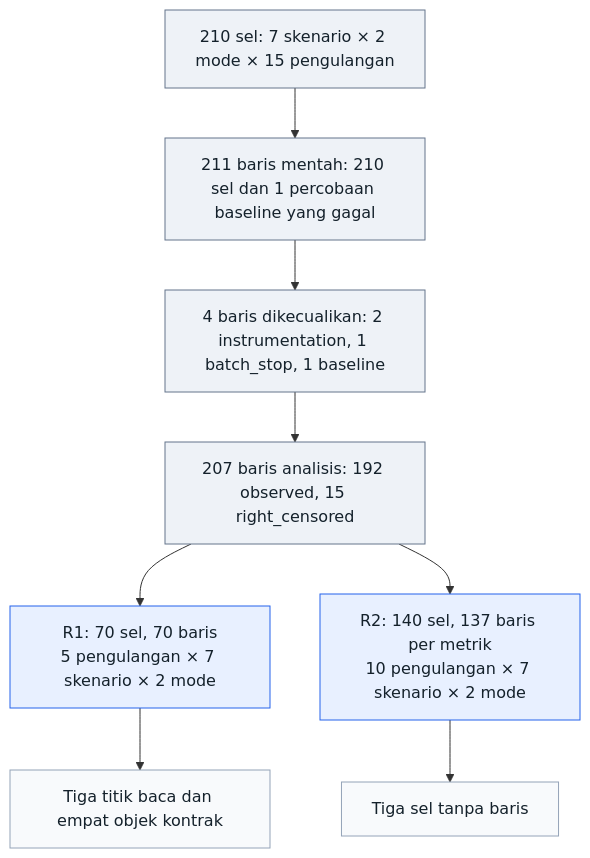
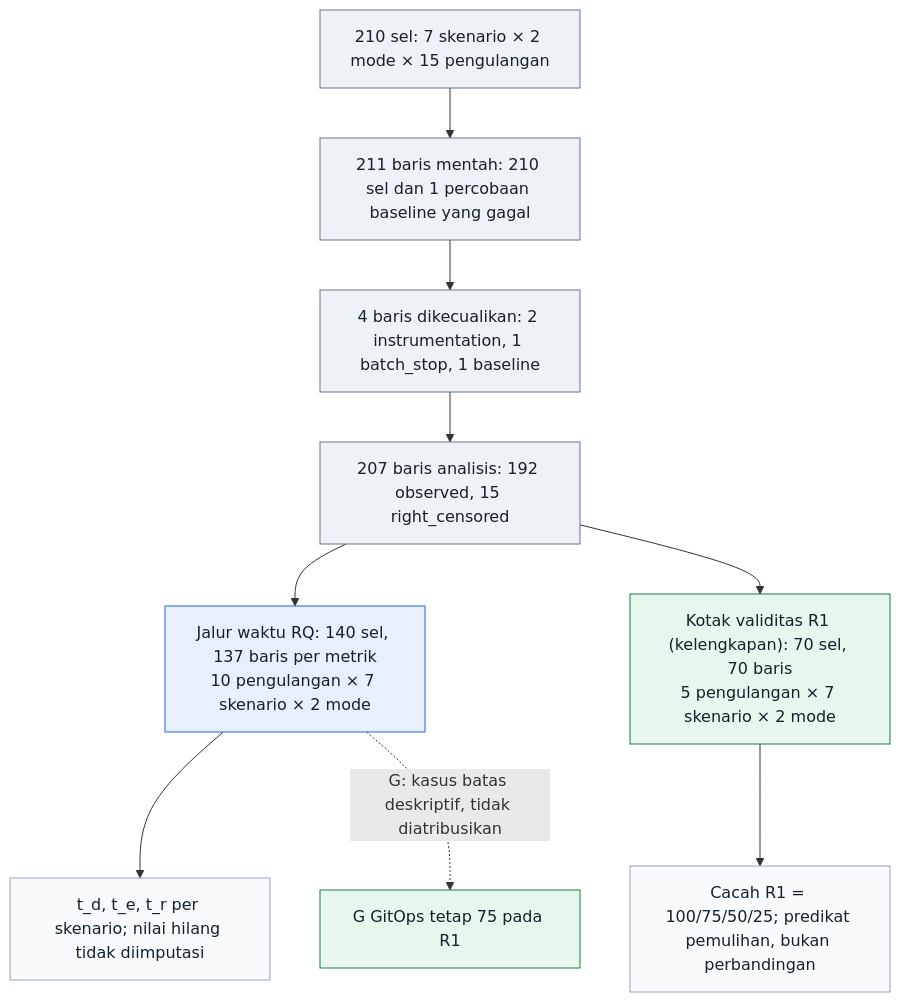
The diagram in content/skripsi/diagrams/src/fig-analysis-flow.mmd (vityasyyy/skripsi), drawn with Mermaid before and after one commit. The commit also changed 48 other files, not shown here.

```diff
--- a/content/skripsi/diagrams/src/fig-analysis-flow.mmd
+++ b/content/skripsi/diagrams/src/fig-analysis-flow.mmd
@@ -1,14 +1,17 @@
 flowchart TB
   A["210 sel: 7 skenario × 2 mode × 15 pengulangan"] --> B["211 baris mentah: 210 sel dan 1 percobaan baseline yang gagal"]
   B --> C["4 baris dikecualikan: 2 instrumentation, 1 batch_stop, 1 baseline"]
   C --> D["207 baris analisis: 192 observed, 15 right_censored"]
-  D --> R1["R1: 70 sel, 70 baris<br/>5 pengulangan × 7 skenario × 2 mode"]
-  D --> R2["R2: 140 sel, 137 baris per metrik<br/>10 pengulangan × 7 skenario × 2 mode"]
-  R1 --> E["Tiga titik baca dan empat objek kontrak"]
-  R2 --> F["Tiga sel tanpa baris"]
+  D --> Q["Jalur waktu RQ: 140 sel, 137 baris per metrik<br/>10 pengulangan × 7 skenario × 2 mode"]
+  D --> V["Kotak validitas R1 (kelengkapan): 70 sel, 70 baris<br/>5 pengulangan × 7 skenario × 2 mode"]
+  Q --> E["t_d, t_e, t_r per skenario; nilai hilang tidak diimputasi"]
+  V --> F["Cacah R1 = 100/75/50/25; predikat pemulihan, bukan perbandingan"]
+  Q -. "G: kasus batas deskriptif, tidak diatribusikan" .-> G["G GitOps tetap 75 pada R1"]
   classDef count fill:#eef2f7,stroke:#64748b,color:#14212b;
   classDef branch fill:#e8f0ff,stroke:#2563eb,color:#14212b;
+  classDef validity fill:#e7f7ed,stroke:#15803d,color:#14212b;
   classDef detail fill:#f8fafc,stroke:#94a3b8,color:#14212b;
   class A,B,C,D count;
-  class R1,R2 branch;
+  class Q branch;
+  class V,G validity;
   class E,F detail;
```
